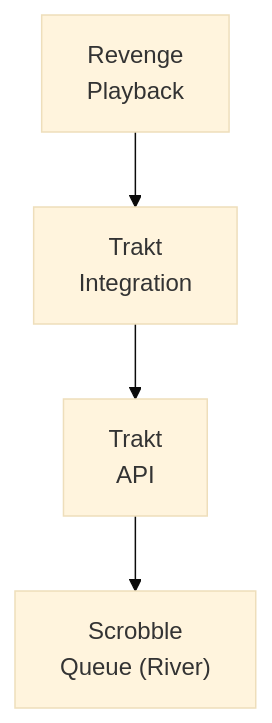
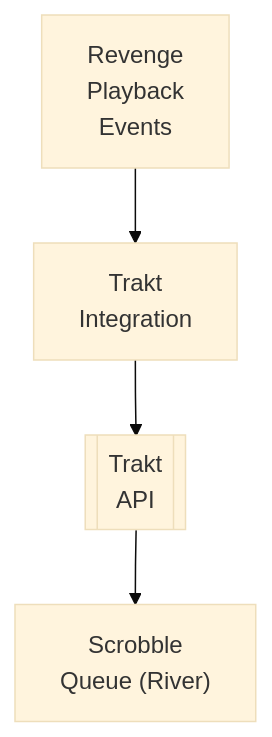
The diagram in docs/dev/design/integrations/scrobbling/TRAKT.md (lusoris/revenge), drawn with Mermaid (base theme) before and after one commit. The commit also changed 208 other files, not shown here.

First line of the commit message:
feat(docs): Improve ASCII to Mermaid converter with proper box extraction

````diff
--- a/docs/dev/design/integrations/scrobbling/TRAKT.md
+++ b/docs/dev/design/integrations/scrobbling/TRAKT.md
@@ -59,10 +59,10 @@
 ```mermaid
 flowchart TD
-    node1["Revenge<br/>Playback"]
+    node1["Revenge<br/>Playback<br/>Events"]
     node2["Trakt<br/>Integration"]
-    node3["Trakt<br/>API"]
+    node3[[Trakt<br/>API]]
     node4["Scrobble<br/>Queue (River)"]
     node1 --> node2
     node2 --> node3
     node3 --> node4
 ```
````
